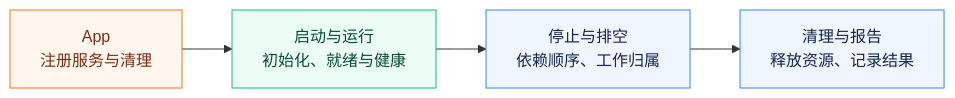
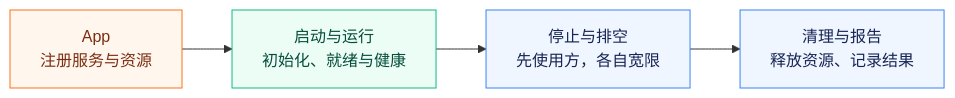
One commit to nanfeng-labs/miju-services changed the diagram in README.zh-CN.md. Above: the diagram before and after it, drawn with Mermaid. The commit also changed other lines of this file and 71 other files, not shown here.

````diff
--- a/README.zh-CN.md
+++ b/README.zh-CN.md
@@ -190,12 +187,12 @@
 ```mermaid
 flowchart LR
-    app["App<br/>注册服务与清理"] --> run["启动与运行<br/>初始化、就绪与健康"]
-    run --> drain["停止与排空<br/>依赖顺序、工作归属"]
+    app["App<br/>注册服务与资源"] --> run["启动与运行<br/>初始化、就绪与健康"]
+    run --> drain["停止与排空<br/>先使用方，各自宽限"]
     drain --> report["清理与报告<br/>释放资源、记录结果"]
     classDef assembly fill:#fff7ed,stroke:#f97316,color:#7c2d12
     classDef operation fill:#ecfdf5,stroke:#10b981,color:#064e3b
     classDef ending fill:#eff6ff,stroke:#3b82f6,color:#172554
     class app assembly
     class run operation
     class drain,report ending
 ```
````
